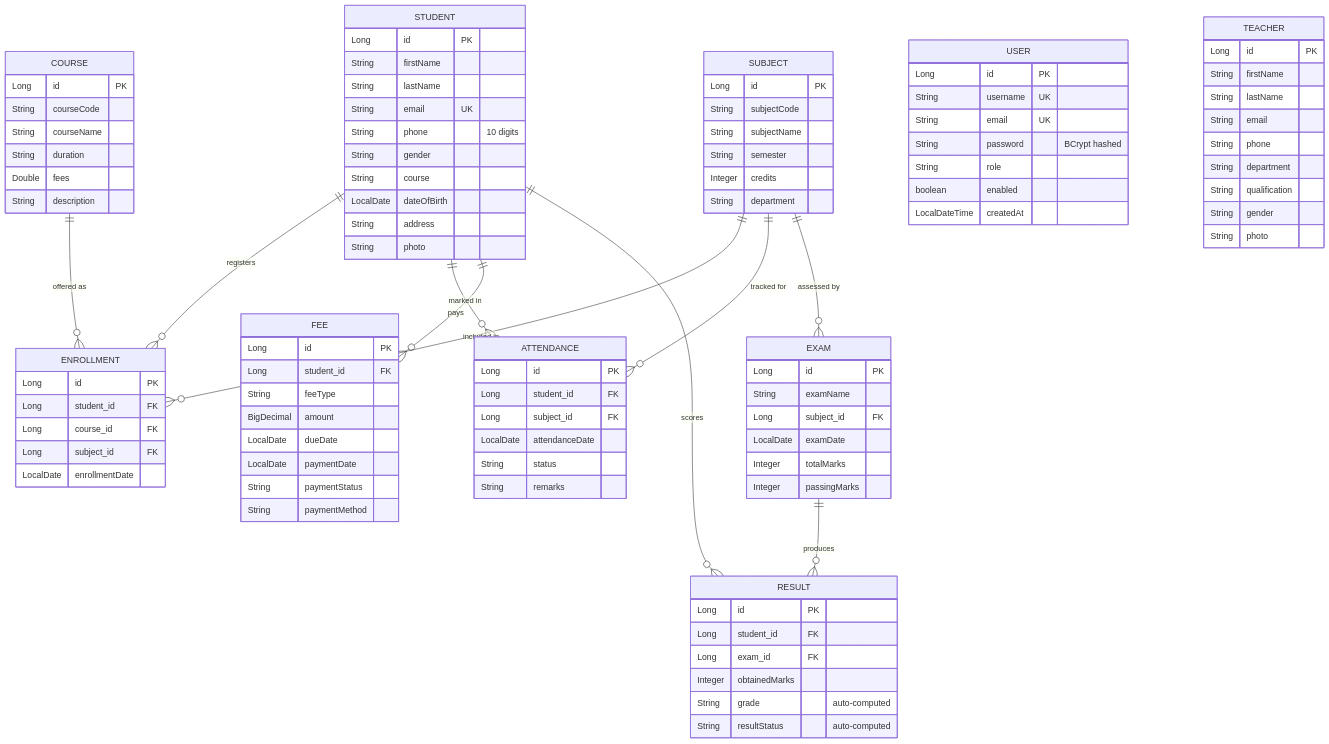
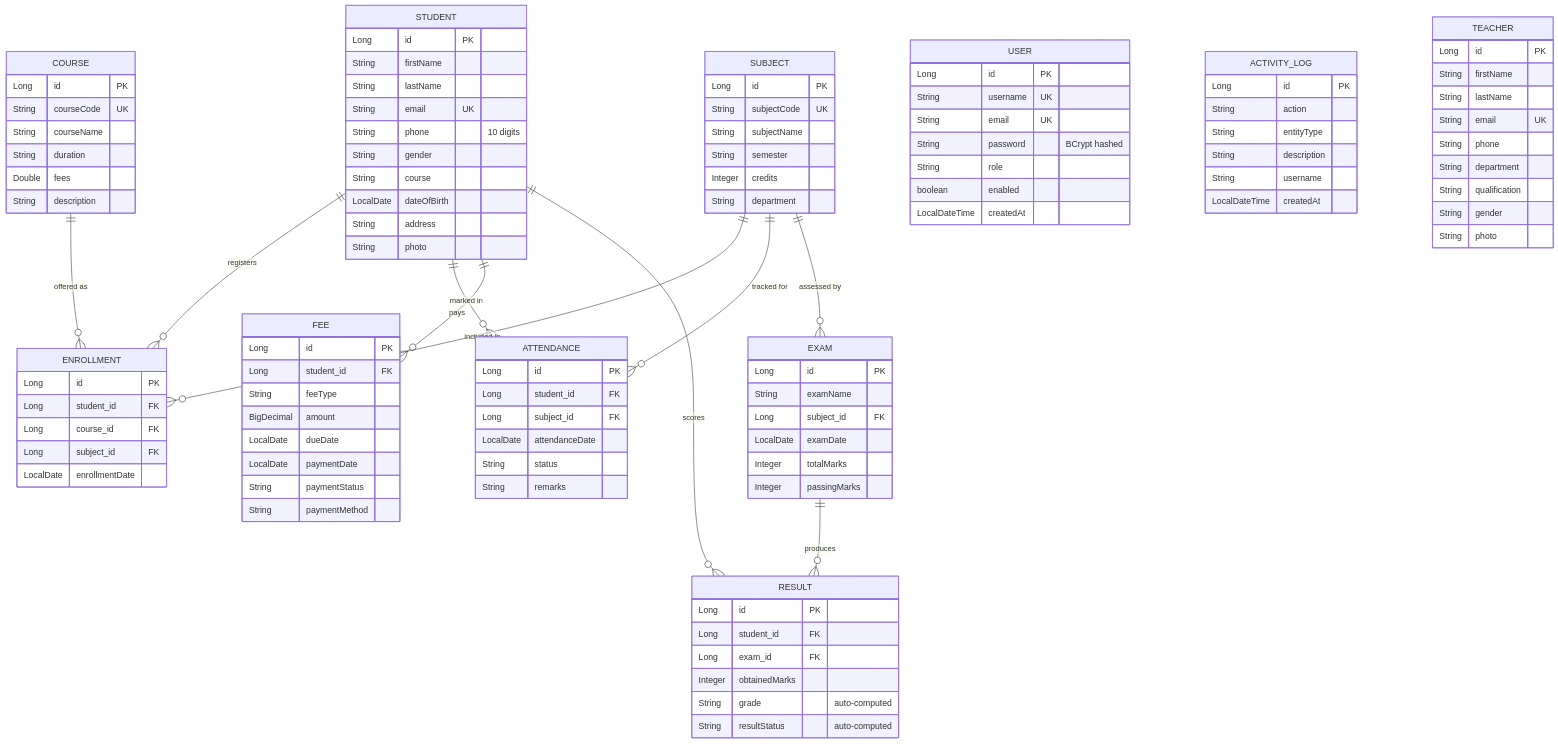
One commit to anurag-joshi-1403/StudentManagementSystem changed the second of 5 diagrams in PROJECT_ROADMAP.md. Above: the diagram before and after it, drawn with Mermaid. The commit also changed other lines of this file and 59 other files, not shown here.

First line of the commit message:
add stage F: notifications, activity log, PDFs, profile, user admin, tests and CI

```diff
--- a/PROJECT_ROADMAP.md
+++ b/PROJECT_ROADMAP.md
@@ -188,6 +193,14 @@
         boolean enabled
         LocalDateTime createdAt
     }
+    ACTIVITY_LOG {
+        Long id PK
+        String action
+        String entityType
+        String description
+        String username
+        LocalDateTime createdAt
+    }
     STUDENT {
         Long id PK
         String firstName
@@ -204,7 +217,7 @@
         Long id PK
         String firstName
         String lastName
-        String email
+        String email UK
         String phone
         String department
         String qualification
@@ -213,7 +226,7 @@
     }
     COURSE {
         Long id PK
-        String courseCode
+        String courseCode UK
         String courseName
         String duration
         Double fees
@@ -221,7 +234,7 @@
     }
     SUBJECT {
         Long id PK
-        String subjectCode
+        String subjectCode UK
         String subjectName
         String semester
         Integer credits
```
